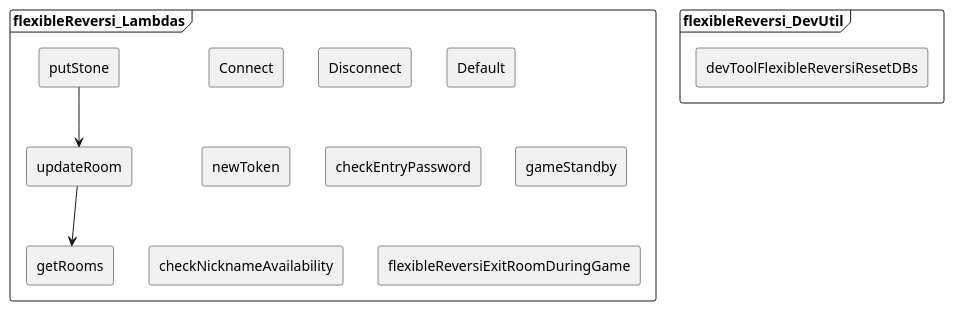
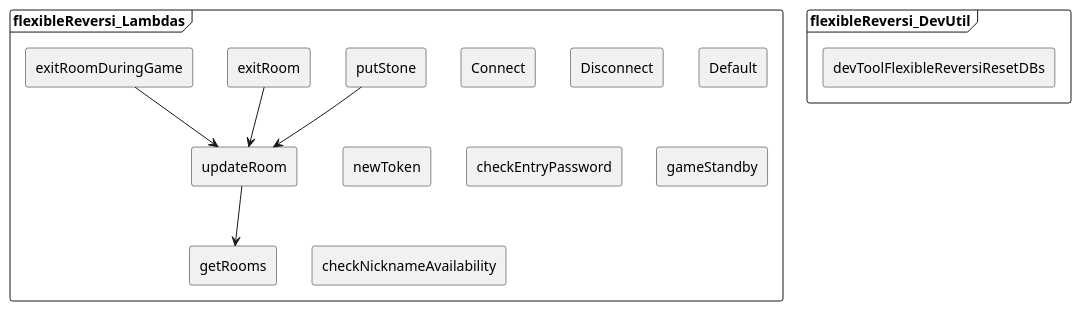
One commit to kusa-mochi/flexible-reversi changed the diagram in docs/lambda_relations.puml. Above: the diagram before and after it, drawn with PlantUML.

Commit message:
update lambda relations diagram.

```diff
--- a/docs/lambda_relations.puml
+++ b/docs/lambda_relations.puml
@@ -1,24 +1,27 @@
 @startuml lambda_relations
 
 frame flexibleReversi_Lambdas {
     agent Connect
     agent Disconnect
     agent Default
     agent newToken
     agent getRooms
     agent updateRoom
     agent checkEntryPassword
     agent gameStandby
     agent checkNicknameAvailability
     agent putStone
-    agent flexibleReversiExitRoomDuringGame
+    agent exitRoom
+    agent exitRoomDuringGame
 
     updateRoom --> getRooms
     putStone --> updateRoom
+    exitRoom --> updateRoom
+    exitRoomDuringGame --> updateRoom
 }
 
 frame flexibleReversi_DevUtil {
     agent devToolFlexibleReversiResetDBs
 }
 
 @enduml
```
